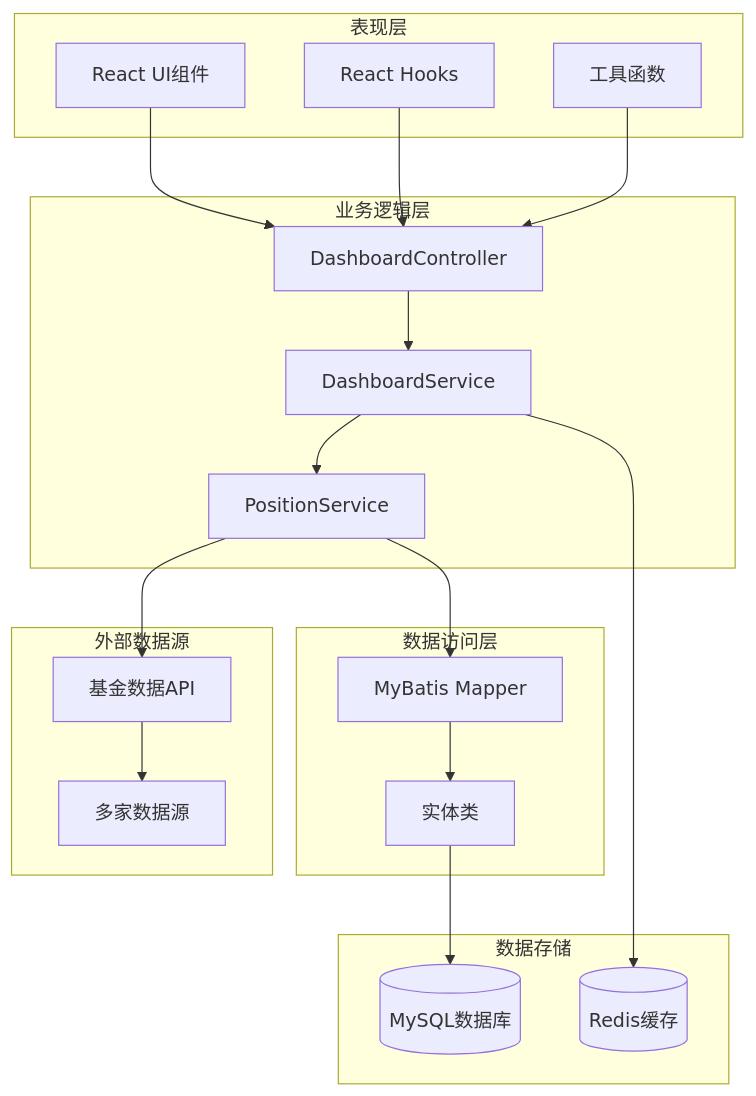
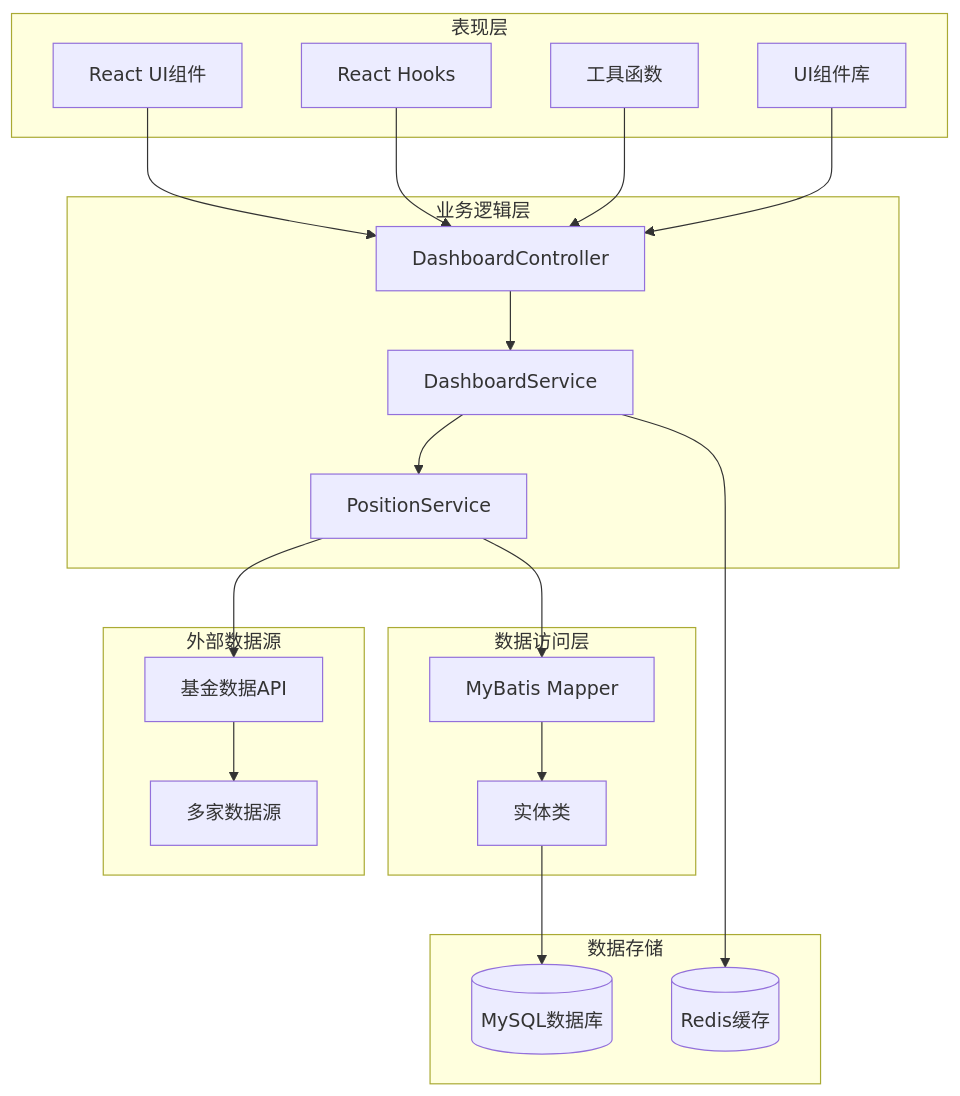
The second of 11 diagrams in .qoder/repowiki/zh/content/Dashboard Enhancement.md (gree-coder/fund-butler), drawn with Mermaid before and after one commit. The commit also changed other lines of this file and 34 other files, not shown here.

````diff
--- a/.qoder/repowiki/zh/content/Dashboard Enhancement.md
+++ b/.qoder/repowiki/zh/content/Dashboard Enhancement.md
@@ -119,36 +153,38 @@
 ```mermaid
 graph TB
 subgraph "表现层"
 UI[React UI组件]
 Hooks[React Hooks]
 Utils[工具函数]
+Components[UI组件库]
 end
 subgraph "业务逻辑层"
 Controller[DashboardController]
 Service[DashboardService]
 PositionService[PositionService]
 end
 subgraph "数据访问层"
 Mapper[MyBatis Mapper]
 Entity[实体类]
 end
 subgraph "数据存储"
 DB[(MySQL数据库)]
 Cache[(Redis缓存)]
 end
 subgraph "外部数据源"
 FundAPI[基金数据API]
 DataSource[多家数据源]
 end
 UI --> Controller
 Hooks --> Controller
 Utils --> Controller
+Components --> Controller
 Controller --> Service
 Service --> PositionService
 PositionService --> Mapper
 Mapper --> Entity
 Entity --> DB
 Service --> Cache
 PositionService --> FundAPI
 FundAPI --> DataSource
 ```
````
